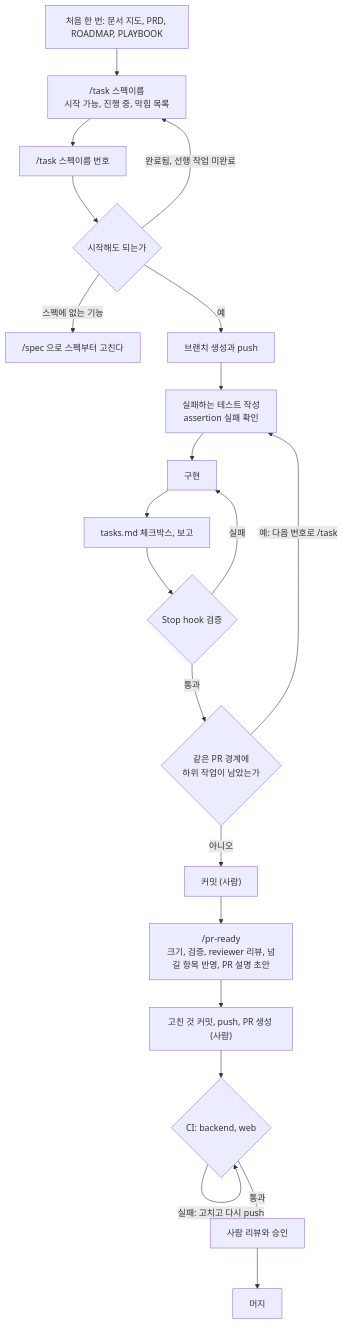
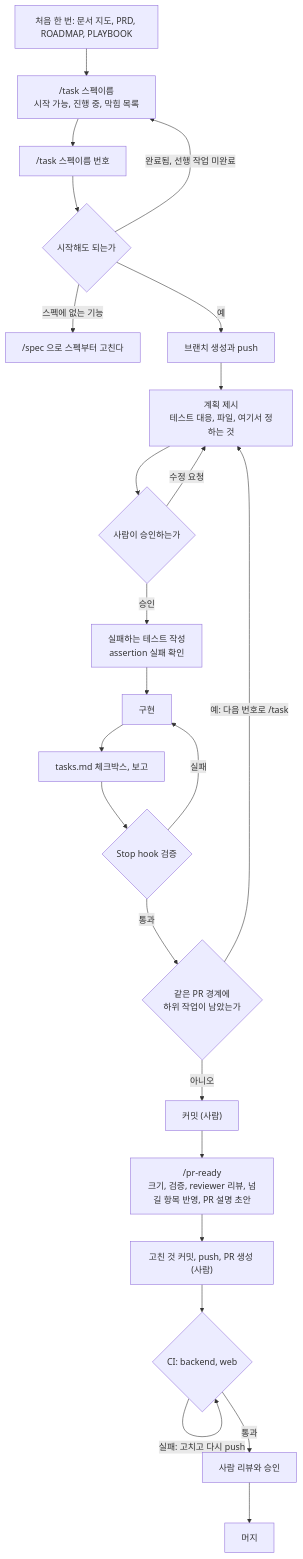
The diagram in docs/guide/task-workflow.md (jjangyeesoo/claude-team-pr-lens), drawn with Mermaid before and after one commit. The commit also changed other lines of this file and 3 other files, not shown here.

````diff
--- a/docs/guide/task-workflow.md
+++ b/docs/guide/task-workflow.md
@@ -29,23 +30,26 @@
 ```mermaid
 flowchart TD
     A["처음 한 번: 문서 지도, PRD, ROADMAP, PLAYBOOK"] --> B["/task 스펙이름<br/>시작 가능, 진행 중, 막힘 목록"]
     B --> C["/task 스펙이름 번호"]
     C --> D{"시작해도 되는가"}
     D -- "완료됨, 선행 작업 미완료" --> B
     D -- "스펙에 없는 기능" --> S["/spec 으로 스펙부터 고친다"]
     D -- "예" --> E["브랜치 생성과 push"]
-    E --> F["실패하는 테스트 작성<br/>assertion 실패 확인"]
+    E --> Q["계획 제시<br/>테스트 대응, 파일, 여기서 정하는 것"]
+    Q --> R{"사람이 승인하는가"}
+    R -- "수정 요청" --> Q
+    R -- "승인" --> F["실패하는 테스트 작성<br/>assertion 실패 확인"]
     F --> G["구현"]
     G --> H["tasks.md 체크박스, 보고"]
     H --> I{"Stop hook 검증"}
     I -- "실패" --> G
     I -- "통과" --> J{"같은 PR 경계에<br/>하위 작업이 남았는가"}
-    J -- "예: 다음 번호로 /task" --> F
+    J -- "예: 다음 번호로 /task" --> Q
     J -- "아니오" --> K["커밋 (사람)"]
     K --> L["/pr-ready<br/>크기, 검증, reviewer 리뷰, 넘길 항목 반영, PR 설명 초안"]
     L --> M["고친 것 커밋, push, PR 생성 (사람)"]
     M --> N{"CI: backend, web"}
     N -- "실패: 고치고 다시 push" --> N
     N -- "통과" --> O["사람 리뷰와 승인"]
     O --> P["머지"]
 ```
````
